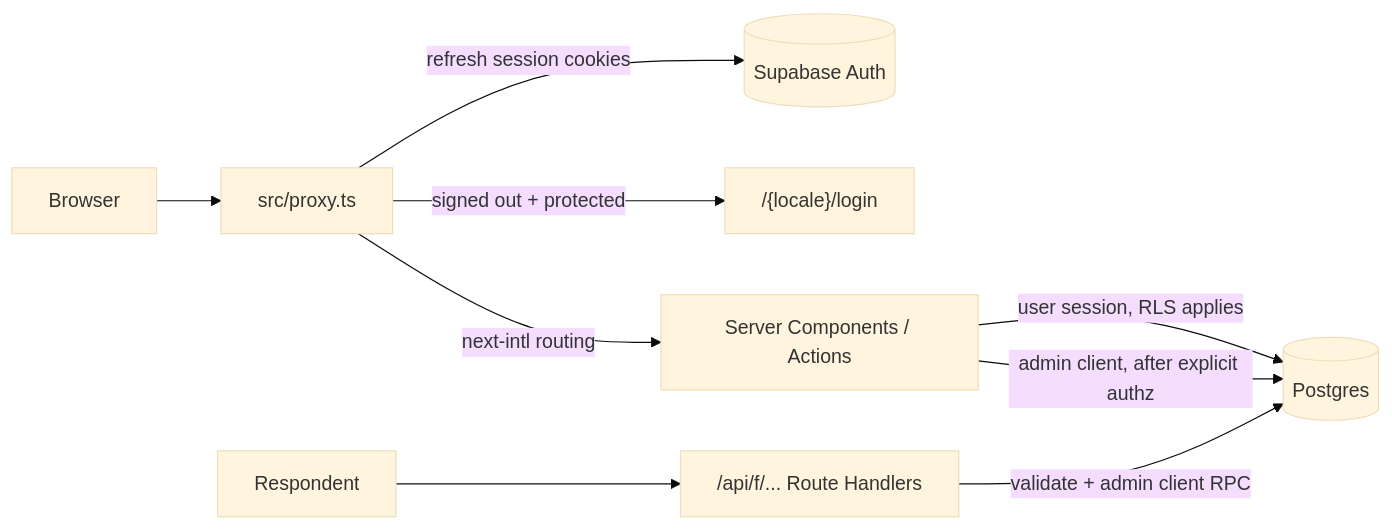
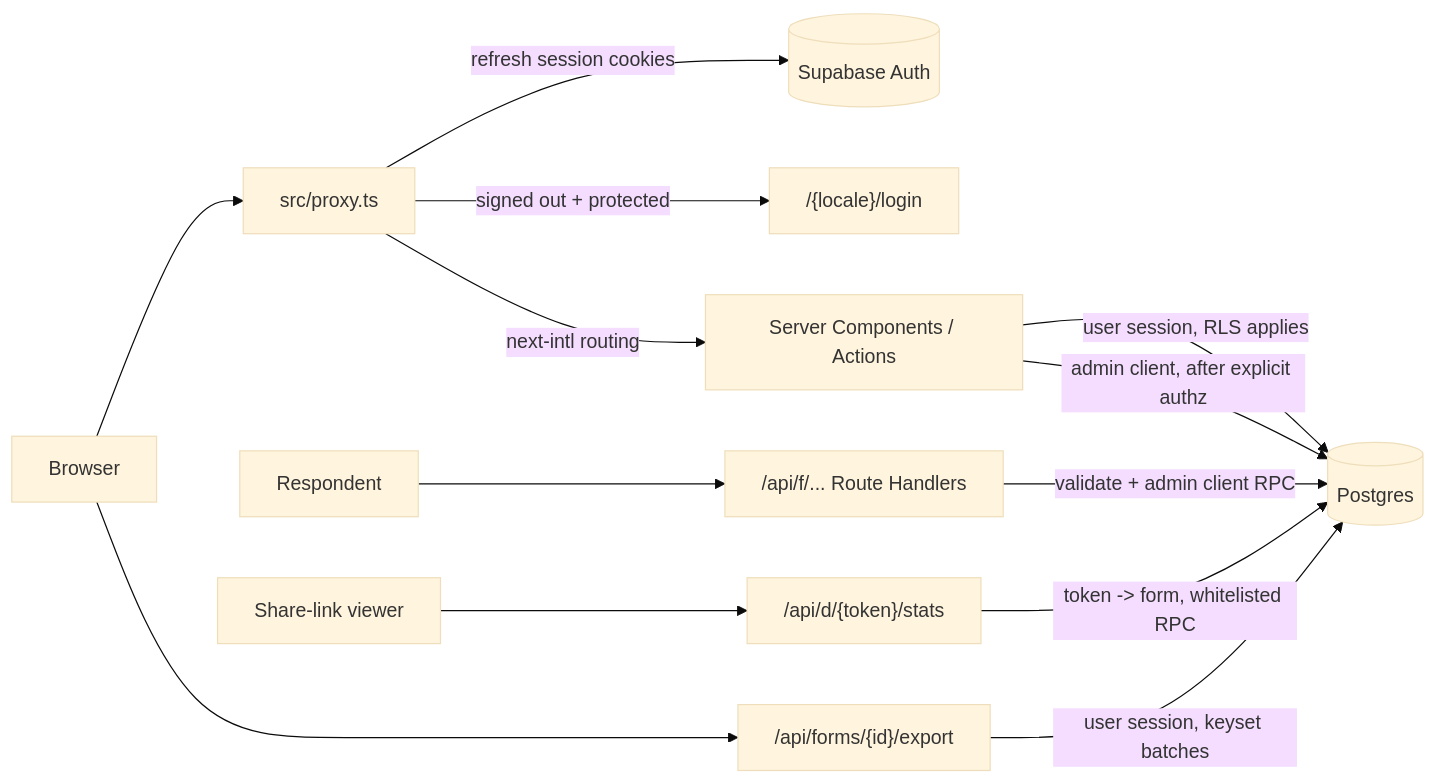
One commit to taofik55/sharing-vision-forms changed the first of 6 diagrams in docs/architecture.md. Above: the diagram before and after it, drawn with Mermaid (base theme). The commit also changed other lines of this file and 69 other files, not shown here.

First line of the commit message:
feat(tests): add end-to-end and integration tests for form scaling and export functionality

````diff
--- a/docs/architecture.md
+++ b/docs/architecture.md
@@ -5,10 +5,12 @@
 ```mermaid
 flowchart LR
   B[Browser] --> P[src/proxy.ts]
   P -->|refresh session cookies| S[(Supabase Auth)]
   P -->|signed out + protected| L["/{locale}/login"]
   P -->|next-intl routing| R[Server Components / Actions]
   R -->|user session, RLS applies| DB[(Postgres)]
   R -->|admin client, after explicit authz| DB
   Resp[Respondent] --> API["/api/f/... Route Handlers"] -->|validate + admin client RPC| DB
+  Anon[Share-link viewer] --> D["/api/d/{token}/stats"] -->|token -> form, whitelisted RPC| DB
+  B --> E["/api/forms/{id}/export"] -->|user session, keyset batches| DB
 ```
````
